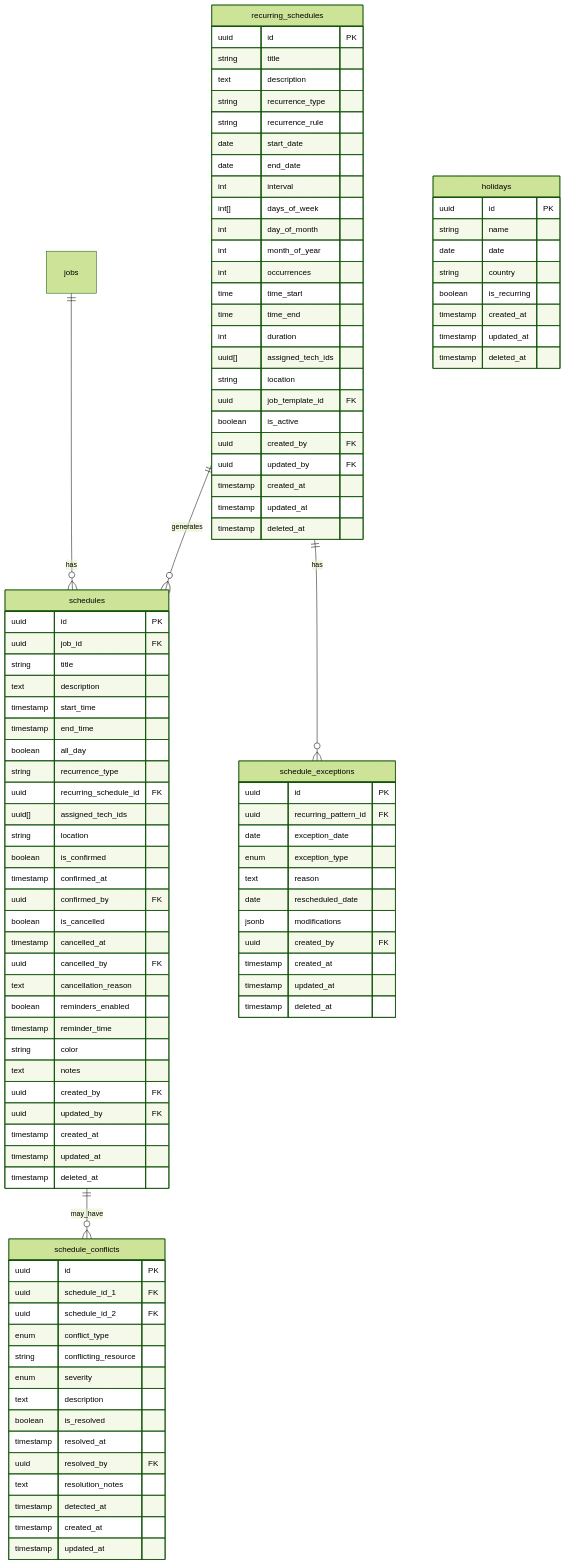
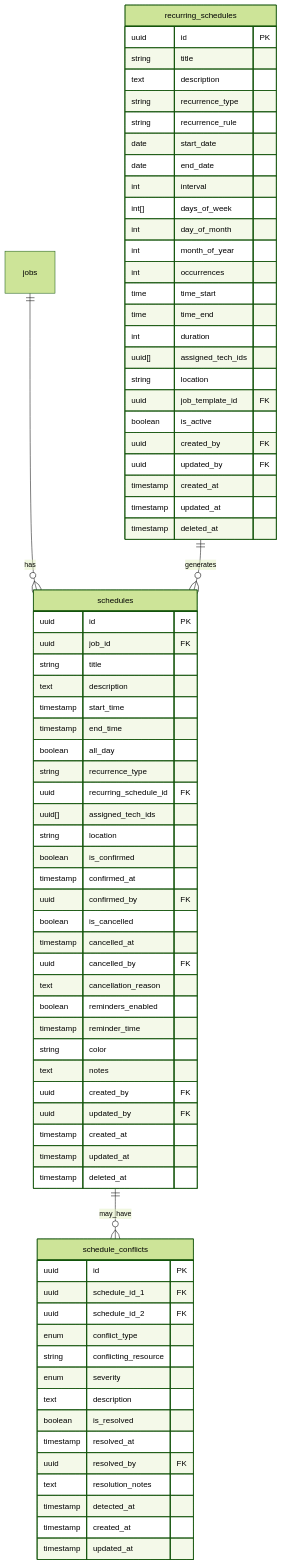
The sixth of 6 diagrams in docs/architecture/DATABASE.md (javaknight1/servicepro), drawn with Mermaid (forest theme) before and after one commit. The commit also changed other lines of this file and 3 other files, not shown here.

````diff
--- a/docs/architecture/DATABASE.md
+++ b/docs/architecture/DATABASE.md
@@ -488,7 +489,6 @@
 erDiagram
     jobs ||--o{ schedules : has
     recurring_schedules ||--o{ schedules : generates
-    recurring_schedules ||--o{ schedule_exceptions : has
     schedules ||--o{ schedule_conflicts : may_have
 
     schedules {
@@ -548,20 +548,6 @@
         timestamp deleted_at
     }
 
-    schedule_exceptions {
-        uuid id PK
-        uuid recurring_pattern_id FK
-        date exception_date
-        enum exception_type
-        text reason
-        date rescheduled_date
-        jsonb modifications
-        uuid created_by FK
-        timestamp created_at
-        timestamp updated_at
-        timestamp deleted_at
-    }
-
     schedule_conflicts {
         uuid id PK
         uuid schedule_id_1 FK
@@ -578,15 +564,4 @@
         timestamp created_at
         timestamp updated_at
     }
-
-    holidays {
-        uuid id PK
-        string name
-        date date
-        string country
-        boolean is_recurring
-        timestamp created_at
-        timestamp updated_at
-        timestamp deleted_at
-    }
 ```
````
